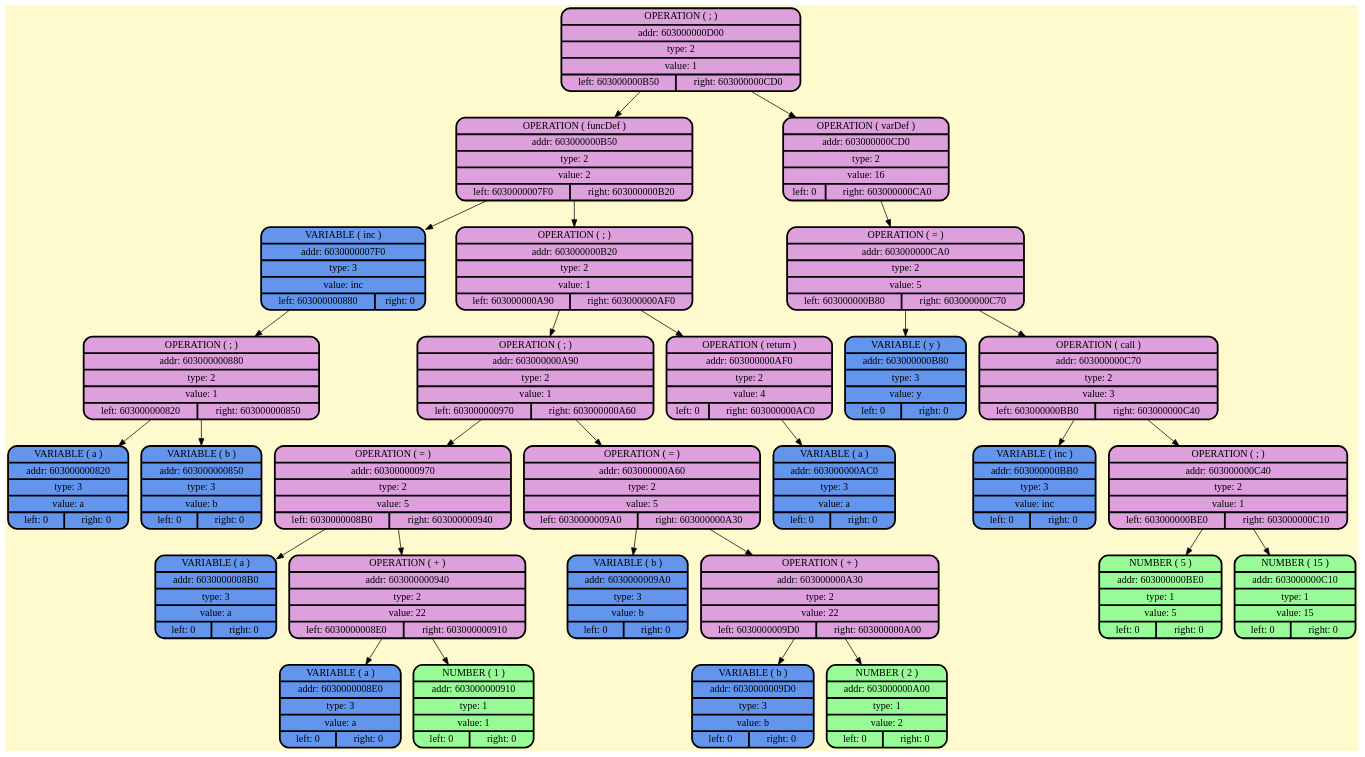
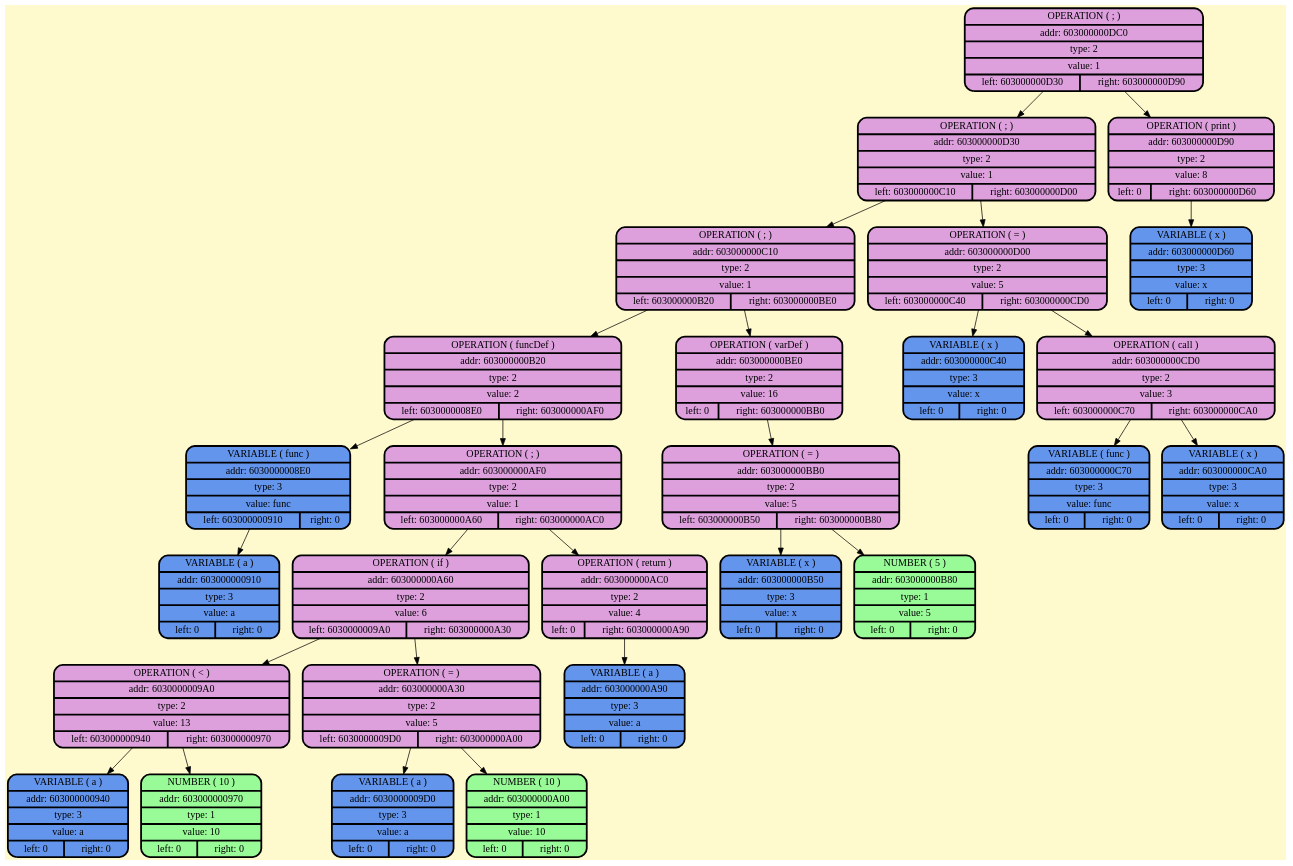
One commit to BulgakovDmitry/myLanguage changed the diagram in frontend/graphDump/dumpGraph.gv. Above: the diagram before and after it, drawn with Graphviz. The commit also changed 7 other files, not shown here.

```diff
--- a/frontend/graphDump/dumpGraph.gv
+++ b/frontend/graphDump/dumpGraph.gv
@@ -2,59 +2,57 @@
     node [style=filled, fontcolor=darkblue, fillcolor=peachpuff, color="#252A34", penwidth=2.5];
     bgcolor="lemonchiffon";
 
-node_0x603000000d00 [shape=Mrecord; style = filled; fillcolor=plum; color = "#000000"; fontcolor = "#000000";label=" {OPERATION ( ; ) | addr: 603000000D00 | type: 2 | value: 1 | {left: 603000000B50 | right: 603000000CD0}} "];
-node_0x603000000b50 [shape=Mrecord; style = filled; fillcolor=plum; color = "#000000"; fontcolor = "#000000";label=" {OPERATION ( funcDef ) | addr: 603000000B50 | type: 2 | value: 2 | {left: 6030000007F0 | right: 603000000B20}} "];
-    node_0x6030000007f0 [shape=Mrecord; style = filled; fillcolor = cornflowerblue; color = "#000000"; fontcolor = "#000000";  label="  {VARIABLE ( inc )| addr: 6030000007F0 | type: 3| value: inc | {left: 603000000880 | right: 0}} "];
-node_0x603000000880 [shape=Mrecord; style = filled; fillcolor=plum; color = "#000000"; fontcolor = "#000000";label=" {OPERATION ( ; ) | addr: 603000000880 | type: 2 | value: 1 | {left: 603000000820 | right: 603000000850}} "];
-    node_0x603000000820 [shape=Mrecord; style = filled; fillcolor = cornflowerblue; color = "#000000"; fontcolor = "#000000";  label="  {VARIABLE ( a )| addr: 603000000820 | type: 3| value: a | {left: 0 | right: 0}} "];
-    node_0x603000000850 [shape=Mrecord; style = filled; fillcolor = cornflowerblue; color = "#000000"; fontcolor = "#000000";  label="  {VARIABLE ( b )| addr: 603000000850 | type: 3| value: b | {left: 0 | right: 0}} "];
-node_0x603000000b20 [shape=Mrecord; style = filled; fillcolor=plum; color = "#000000"; fontcolor = "#000000";label=" {OPERATION ( ; ) | addr: 603000000B20 | type: 2 | value: 1 | {left: 603000000A90 | right: 603000000AF0}} "];
-node_0x603000000a90 [shape=Mrecord; style = filled; fillcolor=plum; color = "#000000"; fontcolor = "#000000";label=" {OPERATION ( ; ) | addr: 603000000A90 | type: 2 | value: 1 | {left: 603000000970 | right: 603000000A60}} "];
-node_0x603000000970 [shape=Mrecord; style = filled; fillcolor=plum; color = "#000000"; fontcolor = "#000000";label=" {OPERATION ( = ) | addr: 603000000970 | type: 2 | value: 5 | {left: 6030000008B0 | right: 603000000940}} "];
-    node_0x6030000008b0 [shape=Mrecord; style = filled; fillcolor = cornflowerblue; color = "#000000"; fontcolor = "#000000";  label="  {VARIABLE ( a )| addr: 6030000008B0 | type: 3| value: a | {left: 0 | right: 0}} "];
-node_0x603000000940 [shape=Mrecord; style = filled; fillcolor=plum; color = "#000000"; fontcolor = "#000000";label=" {OPERATION ( + ) | addr: 603000000940 | type: 2 | value: 22 | {left: 6030000008E0 | right: 603000000910}} "];
-    node_0x6030000008e0 [shape=Mrecord; style = filled; fillcolor = cornflowerblue; color = "#000000"; fontcolor = "#000000";  label="  {VARIABLE ( a )| addr: 6030000008E0 | type: 3| value: a | {left: 0 | right: 0}} "];
-    node_0x603000000910 [shape=Mrecord; style = filled; fillcolor = palegreen; color = "#000000"; fontcolor = "#000000";  label="  {NUMBER ( 1 )| addr: 603000000910 | type: 1| value: 1 | {left: 0 | right: 0}} "];
-node_0x603000000a60 [shape=Mrecord; style = filled; fillcolor=plum; color = "#000000"; fontcolor = "#000000";label=" {OPERATION ( = ) | addr: 603000000A60 | type: 2 | value: 5 | {left: 6030000009A0 | right: 603000000A30}} "];
-    node_0x6030000009a0 [shape=Mrecord; style = filled; fillcolor = cornflowerblue; color = "#000000"; fontcolor = "#000000";  label="  {VARIABLE ( b )| addr: 6030000009A0 | type: 3| value: b | {left: 0 | right: 0}} "];
-node_0x603000000a30 [shape=Mrecord; style = filled; fillcolor=plum; color = "#000000"; fontcolor = "#000000";label=" {OPERATION ( + ) | addr: 603000000A30 | type: 2 | value: 22 | {left: 6030000009D0 | right: 603000000A00}} "];
-    node_0x6030000009d0 [shape=Mrecord; style = filled; fillcolor = cornflowerblue; color = "#000000"; fontcolor = "#000000";  label="  {VARIABLE ( b )| addr: 6030000009D0 | type: 3| value: b | {left: 0 | right: 0}} "];
-    node_0x603000000a00 [shape=Mrecord; style = filled; fillcolor = palegreen; color = "#000000"; fontcolor = "#000000";  label="  {NUMBER ( 2 )| addr: 603000000A00 | type: 1| value: 2 | {left: 0 | right: 0}} "];
-node_0x603000000af0 [shape=Mrecord; style = filled; fillcolor=plum; color = "#000000"; fontcolor = "#000000";label=" {OPERATION ( return ) | addr: 603000000AF0 | type: 2 | value: 4 | {left: 0 | right: 603000000AC0}} "];
-    node_0x603000000ac0 [shape=Mrecord; style = filled; fillcolor = cornflowerblue; color = "#000000"; fontcolor = "#000000";  label="  {VARIABLE ( a )| addr: 603000000AC0 | type: 3| value: a | {left: 0 | right: 0}} "];
-node_0x603000000cd0 [shape=Mrecord; style = filled; fillcolor=plum; color = "#000000"; fontcolor = "#000000";label=" {OPERATION ( varDef ) | addr: 603000000CD0 | type: 2 | value: 16 | {left: 0 | right: 603000000CA0}} "];
-node_0x603000000ca0 [shape=Mrecord; style = filled; fillcolor=plum; color = "#000000"; fontcolor = "#000000";label=" {OPERATION ( = ) | addr: 603000000CA0 | type: 2 | value: 5 | {left: 603000000B80 | right: 603000000C70}} "];
-    node_0x603000000b80 [shape=Mrecord; style = filled; fillcolor = cornflowerblue; color = "#000000"; fontcolor = "#000000";  label="  {VARIABLE ( y )| addr: 603000000B80 | type: 3| value: y | {left: 0 | right: 0}} "];
-node_0x603000000c70 [shape=Mrecord; style = filled; fillcolor=plum; color = "#000000"; fontcolor = "#000000";label=" {OPERATION ( call ) | addr: 603000000C70 | type: 2 | value: 3 | {left: 603000000BB0 | right: 603000000C40}} "];
-    node_0x603000000bb0 [shape=Mrecord; style = filled; fillcolor = cornflowerblue; color = "#000000"; fontcolor = "#000000";  label="  {VARIABLE ( inc )| addr: 603000000BB0 | type: 3| value: inc | {left: 0 | right: 0}} "];
-node_0x603000000c40 [shape=Mrecord; style = filled; fillcolor=plum; color = "#000000"; fontcolor = "#000000";label=" {OPERATION ( ; ) | addr: 603000000C40 | type: 2 | value: 1 | {left: 603000000BE0 | right: 603000000C10}} "];
-    node_0x603000000be0 [shape=Mrecord; style = filled; fillcolor = palegreen; color = "#000000"; fontcolor = "#000000";  label="  {NUMBER ( 5 )| addr: 603000000BE0 | type: 1| value: 5 | {left: 0 | right: 0}} "];
-    node_0x603000000c10 [shape=Mrecord; style = filled; fillcolor = palegreen; color = "#000000"; fontcolor = "#000000";  label="  {NUMBER ( 15 )| addr: 603000000C10 | type: 1| value: 15 | {left: 0 | right: 0}} "];
-    node_0x603000000d00 -> node_0x603000000b50;
-    node_0x603000000b50 -> node_0x6030000007f0;
-    node_0x6030000007f0 -> node_0x603000000880;
-    node_0x603000000880 -> node_0x603000000820;
-    node_0x603000000880 -> node_0x603000000850;
-    node_0x603000000b50 -> node_0x603000000b20;
-    node_0x603000000b20 -> node_0x603000000a90;
-    node_0x603000000a90 -> node_0x603000000970;
-    node_0x603000000970 -> node_0x6030000008b0;
-    node_0x603000000970 -> node_0x603000000940;
-    node_0x603000000940 -> node_0x6030000008e0;
-    node_0x603000000940 -> node_0x603000000910;
-    node_0x603000000a90 -> node_0x603000000a60;
+node_0x603000000dc0 [shape=Mrecord; style = filled; fillcolor=plum; color = "#000000"; fontcolor = "#000000";label=" {OPERATION ( ; ) | addr: 603000000DC0 | type: 2 | value: 1 | {left: 603000000D30 | right: 603000000D90}} "];
+node_0x603000000d30 [shape=Mrecord; style = filled; fillcolor=plum; color = "#000000"; fontcolor = "#000000";label=" {OPERATION ( ; ) | addr: 603000000D30 | type: 2 | value: 1 | {left: 603000000C10 | right: 603000000D00}} "];
+node_0x603000000c10 [shape=Mrecord; style = filled; fillcolor=plum; color = "#000000"; fontcolor = "#000000";label=" {OPERATION ( ; ) | addr: 603000000C10 | type: 2 | value: 1 | {left: 603000000B20 | right: 603000000BE0}} "];
+node_0x603000000b20 [shape=Mrecord; style = filled; fillcolor=plum; color = "#000000"; fontcolor = "#000000";label=" {OPERATION ( funcDef ) | addr: 603000000B20 | type: 2 | value: 2 | {left: 6030000008E0 | right: 603000000AF0}} "];
+    node_0x6030000008e0 [shape=Mrecord; style = filled; fillcolor = cornflowerblue; color = "#000000"; fontcolor = "#000000";  label="  {VARIABLE ( func )| addr: 6030000008E0 | type: 3| value: func | {left: 603000000910 | right: 0}} "];
+    node_0x603000000910 [shape=Mrecord; style = filled; fillcolor = cornflowerblue; color = "#000000"; fontcolor = "#000000";  label="  {VARIABLE ( a )| addr: 603000000910 | type: 3| value: a | {left: 0 | right: 0}} "];
+node_0x603000000af0 [shape=Mrecord; style = filled; fillcolor=plum; color = "#000000"; fontcolor = "#000000";label=" {OPERATION ( ; ) | addr: 603000000AF0 | type: 2 | value: 1 | {left: 603000000A60 | right: 603000000AC0}} "];
+node_0x603000000a60 [shape=Mrecord; style = filled; fillcolor=plum; color = "#000000"; fontcolor = "#000000";label=" {OPERATION ( if ) | addr: 603000000A60 | type: 2 | value: 6 | {left: 6030000009A0 | right: 603000000A30}} "];
+node_0x6030000009a0 [shape=Mrecord; style = filled; fillcolor=plum; color = "#000000"; fontcolor = "#000000";label=" {OPERATION ( \< ) | addr: 6030000009A0 | type: 2 | value: 13 | {left: 603000000940 | right: 603000000970}} "];
+    node_0x603000000940 [shape=Mrecord; style = filled; fillcolor = cornflowerblue; color = "#000000"; fontcolor = "#000000";  label="  {VARIABLE ( a )| addr: 603000000940 | type: 3| value: a | {left: 0 | right: 0}} "];
+    node_0x603000000970 [shape=Mrecord; style = filled; fillcolor = palegreen; color = "#000000"; fontcolor = "#000000";  label="  {NUMBER ( 10 )| addr: 603000000970 | type: 1| value: 10 | {left: 0 | right: 0}} "];
+node_0x603000000a30 [shape=Mrecord; style = filled; fillcolor=plum; color = "#000000"; fontcolor = "#000000";label=" {OPERATION ( = ) | addr: 603000000A30 | type: 2 | value: 5 | {left: 6030000009D0 | right: 603000000A00}} "];
+    node_0x6030000009d0 [shape=Mrecord; style = filled; fillcolor = cornflowerblue; color = "#000000"; fontcolor = "#000000";  label="  {VARIABLE ( a )| addr: 6030000009D0 | type: 3| value: a | {left: 0 | right: 0}} "];
+    node_0x603000000a00 [shape=Mrecord; style = filled; fillcolor = palegreen; color = "#000000"; fontcolor = "#000000";  label="  {NUMBER ( 10 )| addr: 603000000A00 | type: 1| value: 10 | {left: 0 | right: 0}} "];
+node_0x603000000ac0 [shape=Mrecord; style = filled; fillcolor=plum; color = "#000000"; fontcolor = "#000000";label=" {OPERATION ( return ) | addr: 603000000AC0 | type: 2 | value: 4 | {left: 0 | right: 603000000A90}} "];
+    node_0x603000000a90 [shape=Mrecord; style = filled; fillcolor = cornflowerblue; color = "#000000"; fontcolor = "#000000";  label="  {VARIABLE ( a )| addr: 603000000A90 | type: 3| value: a | {left: 0 | right: 0}} "];
+node_0x603000000be0 [shape=Mrecord; style = filled; fillcolor=plum; color = "#000000"; fontcolor = "#000000";label=" {OPERATION ( varDef ) | addr: 603000000BE0 | type: 2 | value: 16 | {left: 0 | right: 603000000BB0}} "];
+node_0x603000000bb0 [shape=Mrecord; style = filled; fillcolor=plum; color = "#000000"; fontcolor = "#000000";label=" {OPERATION ( = ) | addr: 603000000BB0 | type: 2 | value: 5 | {left: 603000000B50 | right: 603000000B80}} "];
+    node_0x603000000b50 [shape=Mrecord; style = filled; fillcolor = cornflowerblue; color = "#000000"; fontcolor = "#000000";  label="  {VARIABLE ( x )| addr: 603000000B50 | type: 3| value: x | {left: 0 | right: 0}} "];
+    node_0x603000000b80 [shape=Mrecord; style = filled; fillcolor = palegreen; color = "#000000"; fontcolor = "#000000";  label="  {NUMBER ( 5 )| addr: 603000000B80 | type: 1| value: 5 | {left: 0 | right: 0}} "];
+node_0x603000000d00 [shape=Mrecord; style = filled; fillcolor=plum; color = "#000000"; fontcolor = "#000000";label=" {OPERATION ( = ) | addr: 603000000D00 | type: 2 | value: 5 | {left: 603000000C40 | right: 603000000CD0}} "];
+    node_0x603000000c40 [shape=Mrecord; style = filled; fillcolor = cornflowerblue; color = "#000000"; fontcolor = "#000000";  label="  {VARIABLE ( x )| addr: 603000000C40 | type: 3| value: x | {left: 0 | right: 0}} "];
+node_0x603000000cd0 [shape=Mrecord; style = filled; fillcolor=plum; color = "#000000"; fontcolor = "#000000";label=" {OPERATION ( call ) | addr: 603000000CD0 | type: 2 | value: 3 | {left: 603000000C70 | right: 603000000CA0}} "];
+    node_0x603000000c70 [shape=Mrecord; style = filled; fillcolor = cornflowerblue; color = "#000000"; fontcolor = "#000000";  label="  {VARIABLE ( func )| addr: 603000000C70 | type: 3| value: func | {left: 0 | right: 0}} "];
+    node_0x603000000ca0 [shape=Mrecord; style = filled; fillcolor = cornflowerblue; color = "#000000"; fontcolor = "#000000";  label="  {VARIABLE ( x )| addr: 603000000CA0 | type: 3| value: x | {left: 0 | right: 0}} "];
+node_0x603000000d90 [shape=Mrecord; style = filled; fillcolor=plum; color = "#000000"; fontcolor = "#000000";label=" {OPERATION ( print ) | addr: 603000000D90 | type: 2 | value: 8 | {left: 0 | right: 603000000D60}} "];
+    node_0x603000000d60 [shape=Mrecord; style = filled; fillcolor = cornflowerblue; color = "#000000"; fontcolor = "#000000";  label="  {VARIABLE ( x )| addr: 603000000D60 | type: 3| value: x | {left: 0 | right: 0}} "];
+    node_0x603000000dc0 -> node_0x603000000d30;
+    node_0x603000000d30 -> node_0x603000000c10;
+    node_0x603000000c10 -> node_0x603000000b20;
+    node_0x603000000b20 -> node_0x6030000008e0;
+    node_0x6030000008e0 -> node_0x603000000910;
+    node_0x603000000b20 -> node_0x603000000af0;
+    node_0x603000000af0 -> node_0x603000000a60;
     node_0x603000000a60 -> node_0x6030000009a0;
+    node_0x6030000009a0 -> node_0x603000000940;
+    node_0x6030000009a0 -> node_0x603000000970;
     node_0x603000000a60 -> node_0x603000000a30;
     node_0x603000000a30 -> node_0x6030000009d0;
     node_0x603000000a30 -> node_0x603000000a00;
-    node_0x603000000b20 -> node_0x603000000af0;
     node_0x603000000af0 -> node_0x603000000ac0;
+    node_0x603000000ac0 -> node_0x603000000a90;
+    node_0x603000000c10 -> node_0x603000000be0;
+    node_0x603000000be0 -> node_0x603000000bb0;
+    node_0x603000000bb0 -> node_0x603000000b50;
+    node_0x603000000bb0 -> node_0x603000000b80;
+    node_0x603000000d30 -> node_0x603000000d00;
+    node_0x603000000d00 -> node_0x603000000c40;
     node_0x603000000d00 -> node_0x603000000cd0;
+    node_0x603000000cd0 -> node_0x603000000c70;
     node_0x603000000cd0 -> node_0x603000000ca0;
-    node_0x603000000ca0 -> node_0x603000000b80;
-    node_0x603000000ca0 -> node_0x603000000c70;
-    node_0x603000000c70 -> node_0x603000000bb0;
-    node_0x603000000c70 -> node_0x603000000c40;
-    node_0x603000000c40 -> node_0x603000000be0;
-    node_0x603000000c40 -> node_0x603000000c10;
+    node_0x603000000dc0 -> node_0x603000000d90;
+    node_0x603000000d90 -> node_0x603000000d60;
 }
```
